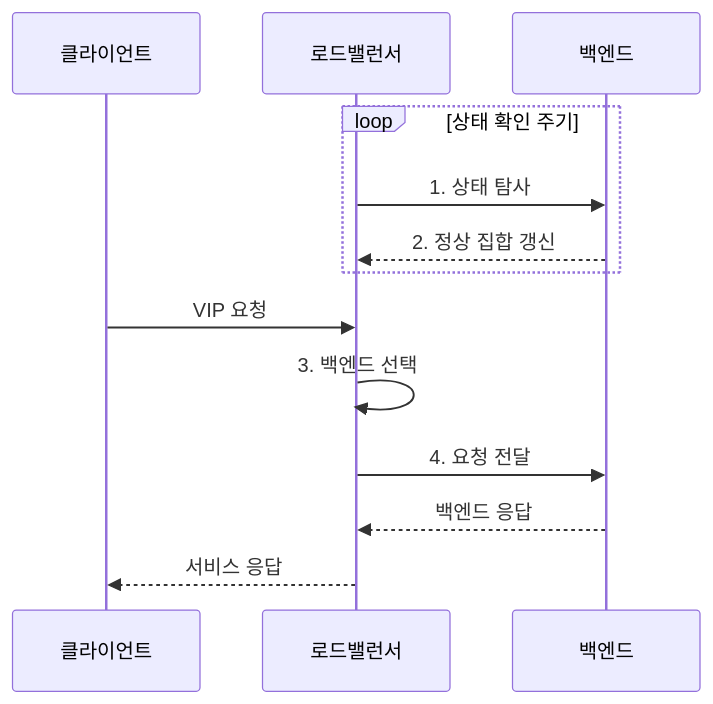
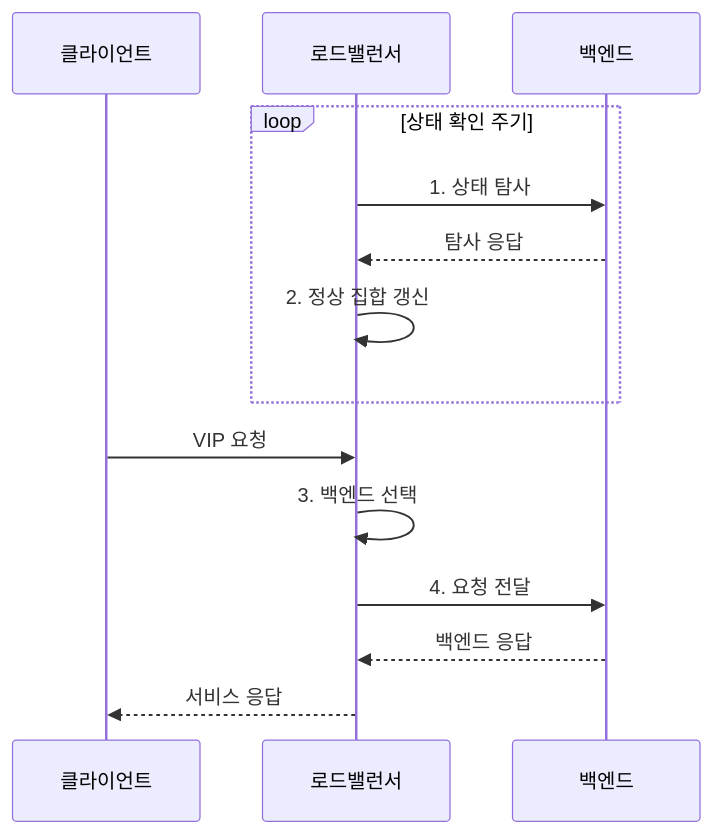
One commit to agnusdei1207/knowledge-base changed the second of 2 diagrams in src/content/docs/notes/04-network/019_load_balancer_l4_l7.md. Above: the diagram before and after it, drawn with Mermaid. The commit also changed other lines of this file and 18 other files, not shown here.

````diff
--- a/src/content/docs/notes/04-network/019_load_balancer_l4_l7.md
+++ b/src/content/docs/notes/04-network/019_load_balancer_l4_l7.md
@@ -90,15 +90,16 @@
 ```mermaid
 sequenceDiagram
     participant 클라이언트
     participant 로드밸런서
     participant 백엔드
     loop 상태 확인 주기
         로드밸런서->>백엔드: 1. 상태 탐사
-        백엔드-->>로드밸런서: 2. 정상 집합 갱신
+        백엔드-->>로드밸런서: 탐사 응답
+        로드밸런서->>로드밸런서: 2. 정상 집합 갱신
     end
     클라이언트->>로드밸런서: VIP 요청
     로드밸런서->>로드밸런서: 3. 백엔드 선택
     로드밸런서->>백엔드: 4. 요청 전달
     백엔드-->>로드밸런서: 백엔드 응답
     로드밸런서-->>클라이언트: 서비스 응답
 ```
````
